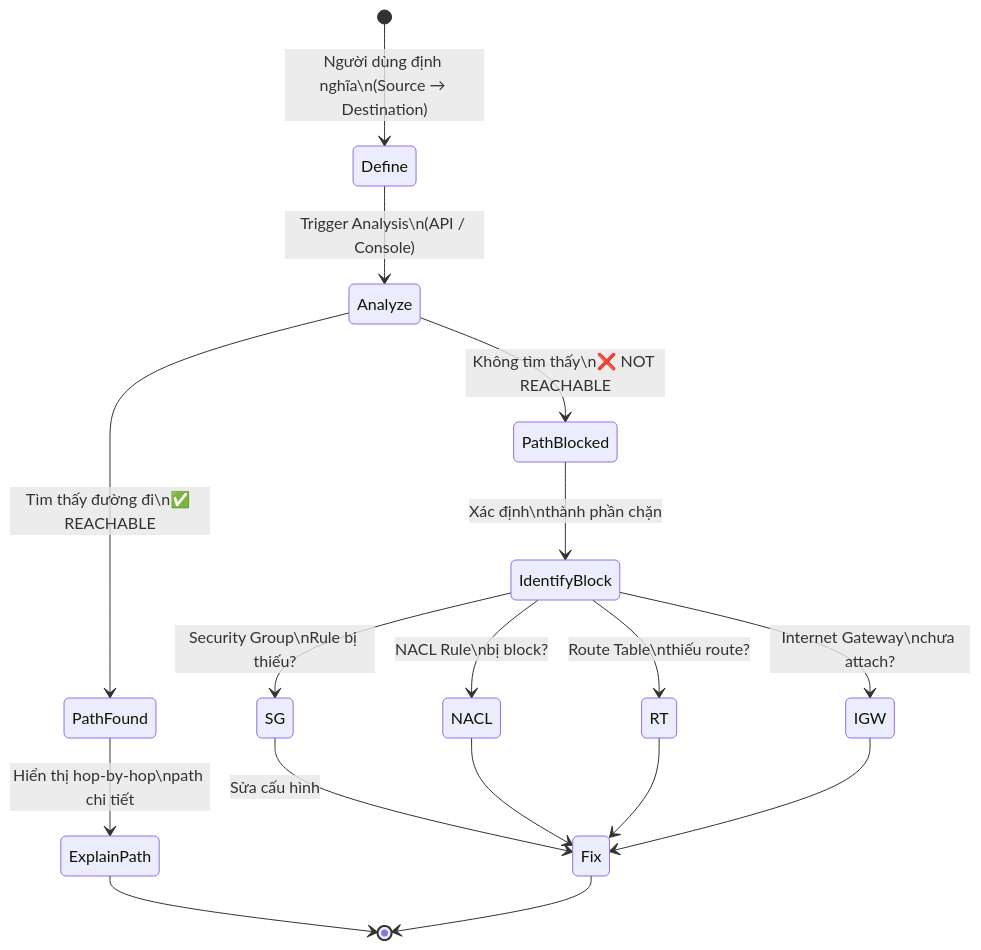
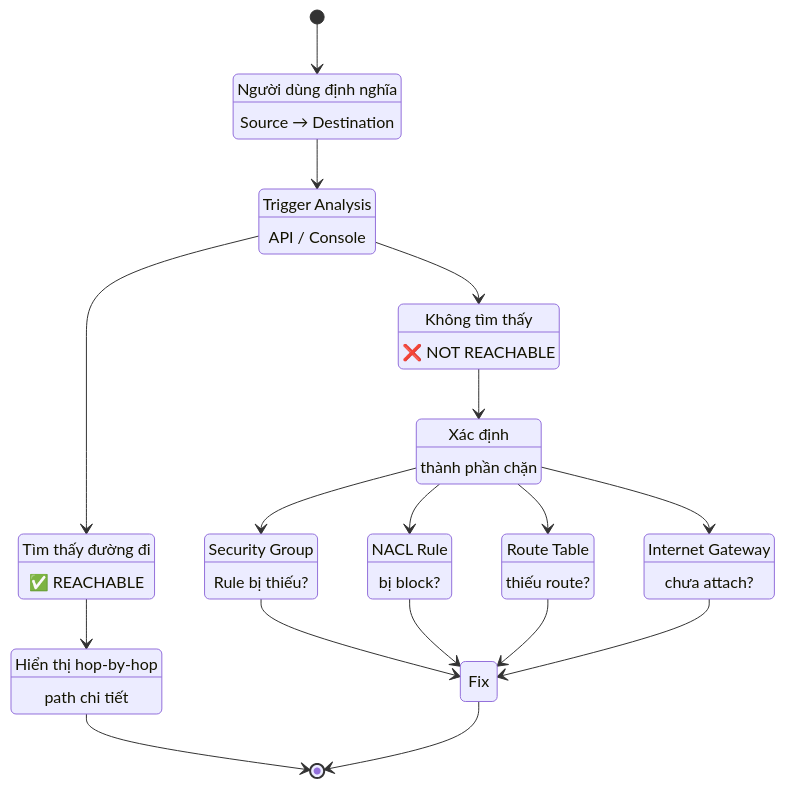
One commit to NguyenKhanhDuy2703/Cloud-Learning-Journey changed the fourth of 5 diagrams in 03_Networking/AWS_Network_Monitoring_and_Troubleshooting.md. Above: the diagram before and after it, drawn with Mermaid. The commit also changed other lines of this file and 9 other files, not shown here.

````diff
--- a/03_Networking/AWS_Network_Monitoring_and_Troubleshooting.md
+++ b/03_Networking/AWS_Network_Monitoring_and_Troubleshooting.md
@@ -157,25 +161,49 @@
 ```mermaid
 stateDiagram-v2
-    [*] --> Define: Người dùng định nghĩa\n(Source → Destination)
+    [*] --> Define
+    Define : Người dùng định nghĩa
+    Define : Source → Destination
 
-    Define --> Analyze: Trigger Analysis\n(API / Console)
+    Define --> Analyze
+    Analyze : Trigger Analysis
+    Analyze : API / Console
 
-    Analyze --> PathFound: Tìm thấy đường đi\n✅ REACHABLE
+    Analyze --> PathFound
+    PathFound : Tìm thấy đường đi
+    PathFound : ✅ REACHABLE
 
-    Analyze --> PathBlocked: Không tìm thấy\n❌ NOT REACHABLE
+    Analyze --> PathBlocked
+    PathBlocked : Không tìm thấy
+    PathBlocked : ❌ NOT REACHABLE
 
-    PathFound --> ExplainPath: Hiển thị hop-by-hop\npath chi tiết
+    PathFound --> ExplainPath
+    ExplainPath : Hiển thị hop-by-hop
+    ExplainPath : path chi tiết
 
-    PathBlocked --> IdentifyBlock: Xác định\nthành phần chặn
-    IdentifyBlock --> SG: Security Group\nRule bị thiếu?
-    IdentifyBlock --> NACL: NACL Rule\nbị block?
-    IdentifyBlock --> RT: Route Table\nthiếu route?
-    IdentifyBlock --> IGW: Internet Gateway\nchưa attach?
+    PathBlocked --> IdentifyBlock
+    IdentifyBlock : Xác định
+    IdentifyBlock : thành phần chặn
+
+    IdentifyBlock --> SG
+    SG : Security Group
+    SG : Rule bị thiếu?
+
+    IdentifyBlock --> NACL
+    NACL : NACL Rule
+    NACL : bị block?
+
+    IdentifyBlock --> RT
+    RT : Route Table
+    RT : thiếu route?
+
+    IdentifyBlock --> IGW
+    IGW : Internet Gateway
+    IGW : chưa attach?
 
     ExplainPath --> [*]
-    SG --> Fix: Sửa cấu hình
+    SG --> Fix
     NACL --> Fix
     RT --> Fix
     IGW --> Fix
     Fix --> [*]
 ```
````
